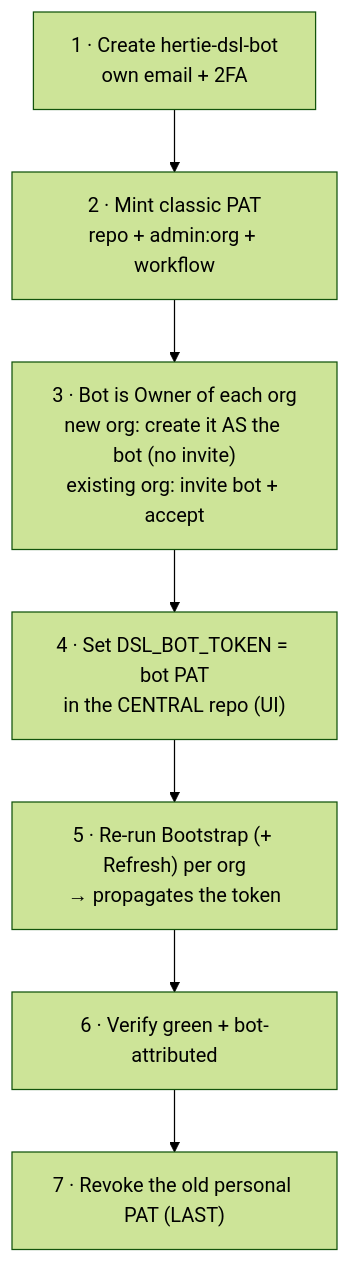
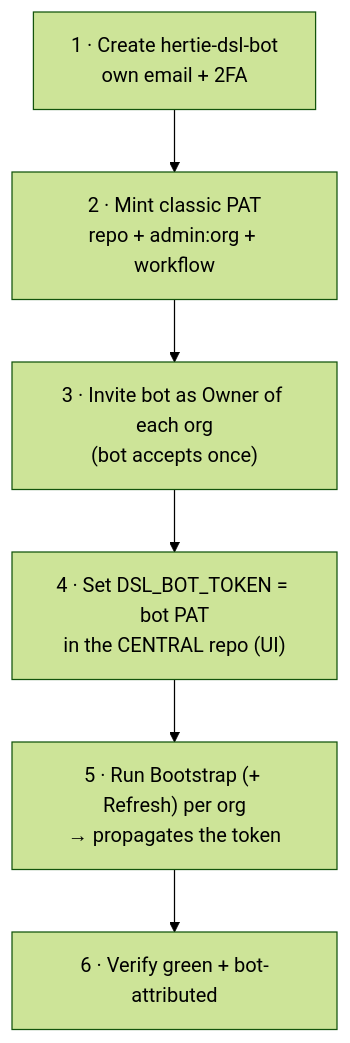
The ninth of 9 diagrams in docs/ARCHITECTURE.md (hertie-data-science-lab/dsl-teaching-course-setup), drawn with Mermaid (forest theme) before and after one commit. The commit also changed other lines of this file and 3 other files, not shown here.

Commit message:
docs: present hertie-dsl-bot as the bot, plain - drop legacy/migration framing + create-as-bot

````diff
--- a/docs/ARCHITECTURE.md
+++ b/docs/ARCHITECTURE.md
@@ -227,9 +214,8 @@
 ```mermaid
 flowchart TD
   A["1 · Create hertie-dsl-bot<br/>own email + 2FA"] --> B["2 · Mint classic PAT<br/>repo + admin:org + workflow"]
-  B --> C["3 · Bot is Owner of each org<br/>new org: create it AS the bot (no invite)<br/>existing org: invite bot + accept"]
+  B --> C["3 · Invite bot as Owner of each org<br/>(bot accepts once)"]
   C --> D["4 · Set DSL_BOT_TOKEN = bot PAT<br/>in the CENTRAL repo (UI)"]
-  D --> E["5 · Re-run Bootstrap (+ Refresh) per org<br/>→ propagates the token"]
+  D --> E["5 · Run Bootstrap (+ Refresh) per org<br/>→ propagates the token"]
   E --> F["6 · Verify green + bot-attributed"]
-  F --> G["7 · Revoke the old personal PAT (LAST)"]
 ```
````
